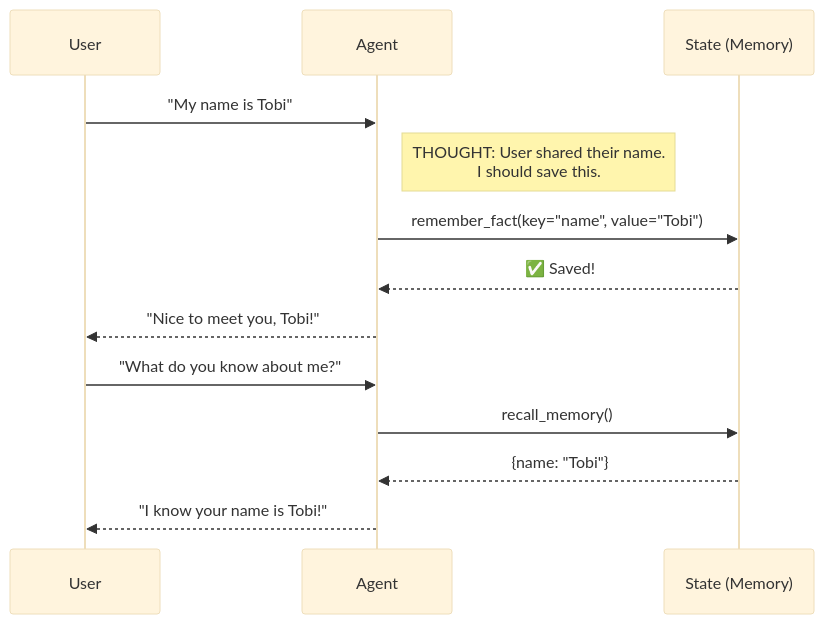
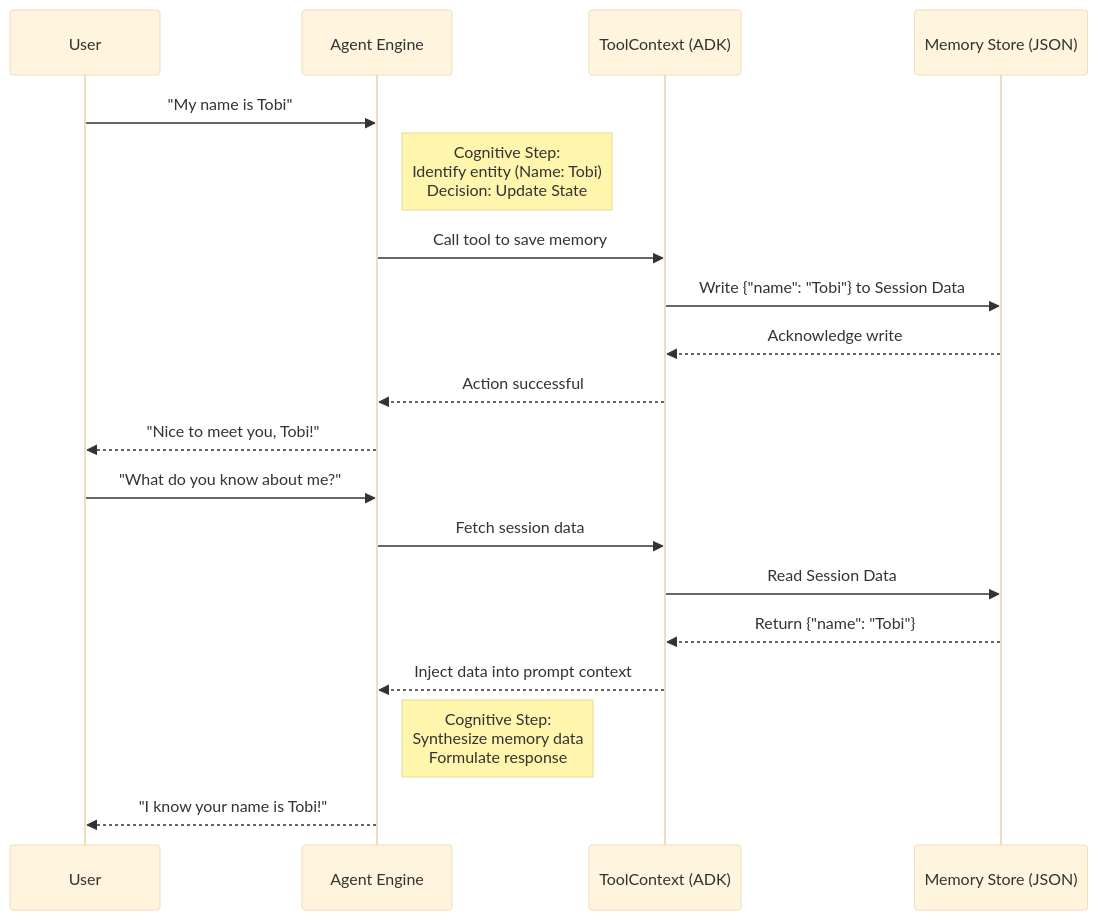
One commit to stmarkadebayo/BWAI-OAU_AI-Agents changed the diagram in labs/02_advanced/02a_stateful_agent/README.md. Above: the diagram before and after it, drawn with Mermaid (base theme). The commit also changed 5 other files, not shown here.

Commit message:
improved remaining lab diagrams

````diff
--- a/labs/02_advanced/02a_stateful_agent/README.md
+++ b/labs/02_advanced/02a_stateful_agent/README.md
@@ -11,17 +11,23 @@
 ```mermaid
 sequenceDiagram
     participant User
-    participant Agent
-    participant State (Memory)
+    participant Agent as Agent Engine
+    participant Context as ToolContext (ADK)
+    participant State as Memory Store (JSON)
 
     User->>Agent: "My name is Tobi"
-    Note right of Agent: THOUGHT: User shared their name.<br/>I should save this.
-    Agent->>State (Memory): remember_fact(key="name", value="Tobi")
-    State (Memory)-->>Agent: ✅ Saved!
+    Note right of Agent: Cognitive Step:<br/>Identify entity (Name: Tobi)<br/>Decision: Update State
+    Agent->>Context: Call tool to save memory
+    Context->>State: Write {"name": "Tobi"} to Session Data
+    State-->>Context: Acknowledge write
+    Context-->>Agent: Action successful
     Agent-->>User: "Nice to meet you, Tobi!"
 
     User->>Agent: "What do you know about me?"
-    Agent->>State (Memory): recall_memory()
-    State (Memory)-->>Agent: {name: "Tobi"}
+    Agent->>Context: Fetch session data
+    Context->>State: Read Session Data
+    State-->>Context: Return {"name": "Tobi"}
+    Context-->>Agent: Inject data into prompt context
+    Note right of Agent: Cognitive Step:<br/>Synthesize memory data<br/>Formulate response
     Agent-->>User: "I know your name is Tobi!"
 ```
````
